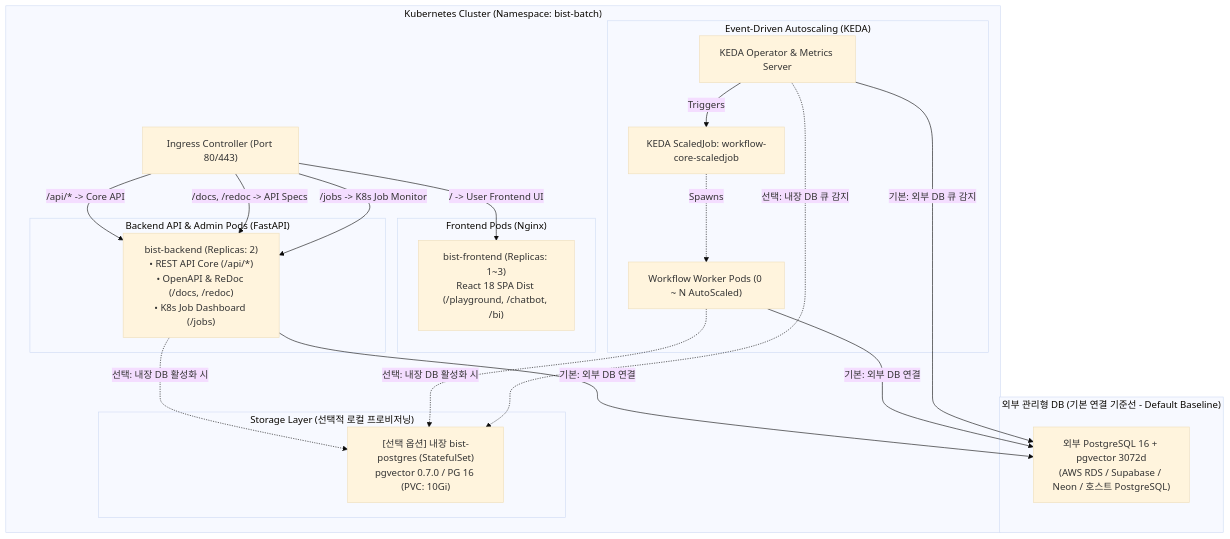
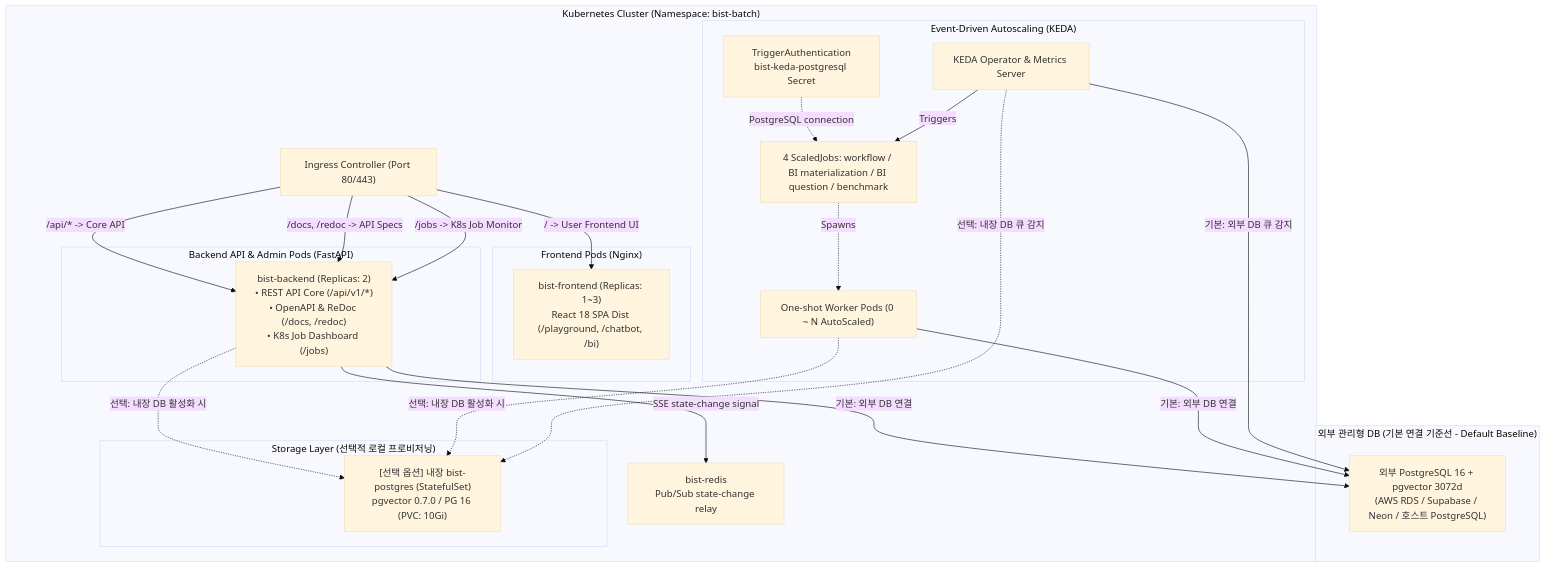
The first of 4 diagrams in docs/blueprints/01_system_blueprints/BP-104_deployment_and_infra_topology.md (bist-mini-final/bist-mini-final), drawn with Mermaid (base theme) before and after one commit. The commit also changed other lines of this file and 138 other files, not shown here.

````diff
--- a/docs/blueprints/01_system_blueprints/BP-104_deployment_and_infra_topology.md
+++ b/docs/blueprints/01_system_blueprints/BP-104_deployment_and_infra_topology.md
@@ -11,42 +11,47 @@
 ```mermaid
 graph TB
     subgraph ExternalDBGroup ["외부 관리형 DB (기본 연결 기준선 - Default Baseline)"]
         PG_EXTERNAL["외부 PostgreSQL 16 + pgvector 3072d<br>(AWS RDS / Supabase / Neon / 호스트 PostgreSQL)"]
     end
 
     subgraph K8sCluster ["Kubernetes Cluster (Namespace: bist-batch)"]
         INGRESS["Ingress Controller (Port 80/443)"]
         
         subgraph FrontendGroup ["Frontend Pods (Nginx)"]
             FE["bist-frontend (Replicas: 1~3)<br>React 18 SPA Dist (/playground, /chatbot, /bi)"]
         end
 
         subgraph BackendGroup ["Backend API & Admin Pods (FastAPI)"]
-            BE["bist-backend (Replicas: 2)<br>• REST API Core (/api/*)<br>• OpenAPI & ReDoc (/docs, /redoc)<br>• K8s Job Dashboard (/jobs)"]
+            BE["bist-backend (Replicas: 2)<br>• REST API Core (/api/v1/*)<br>• OpenAPI & ReDoc (/docs, /redoc)<br>• K8s Job Dashboard (/jobs)"]
         end
+
+        REDIS["bist-redis<br>Pub/Sub state-change relay"]
 
         subgraph OptionalStorageGroup ["Storage Layer (선택적 로컬 프로비저닝)"]
             PG_INTERNAL["[선택 옵션] 내장 bist-postgres (StatefulSet)<br>pgvector 0.7.0 / PG 16 (PVC: 10Gi)"]
         end
 
         subgraph KedaGroup ["Event-Driven Autoscaling (KEDA)"]
             KEDA_OP["KEDA Operator & Metrics Server"]
-            SCALED_JOB["KEDA ScaledJob: workflow-core-scaledjob"]
-            WORKER_PODS["Workflow Worker Pods (0 ~ N AutoScaled)"]
+            SCALED_JOB["4 ScaledJobs: workflow / BI materialization / BI question / benchmark"]
+            AUTH["TriggerAuthentication<br>bist-keda-postgresql Secret"]
+            WORKER_PODS["One-shot Worker Pods (0 ~ N AutoScaled)"]
             SCALED_JOB -.->|Spawns| WORKER_PODS
+            AUTH -.->|PostgreSQL connection| SCALED_JOB
         end
     end
 
     INGRESS -->|/ -> User Frontend UI| FE
     INGRESS -->|/api/* -> Core API| BE
     INGRESS -->|/docs, /redoc -> API Specs| BE
     INGRESS -->|/jobs -> K8s Job Monitor| BE
     
     BE -->|기본: 외부 DB 연결| PG_EXTERNAL
+    BE -->|SSE state-change signal| REDIS
     BE -.->|선택: 내장 DB 활성화 시| PG_INTERNAL
     WORKER_PODS -->|기본: 외부 DB 연결| PG_EXTERNAL
     WORKER_PODS -.->|선택: 내장 DB 활성화 시| PG_INTERNAL
     KEDA_OP -->|기본: 외부 DB 큐 감지| PG_EXTERNAL
     KEDA_OP -.->|선택: 내장 DB 큐 감지| PG_INTERNAL
     KEDA_OP -->|Triggers| SCALED_JOB
 ```
````
